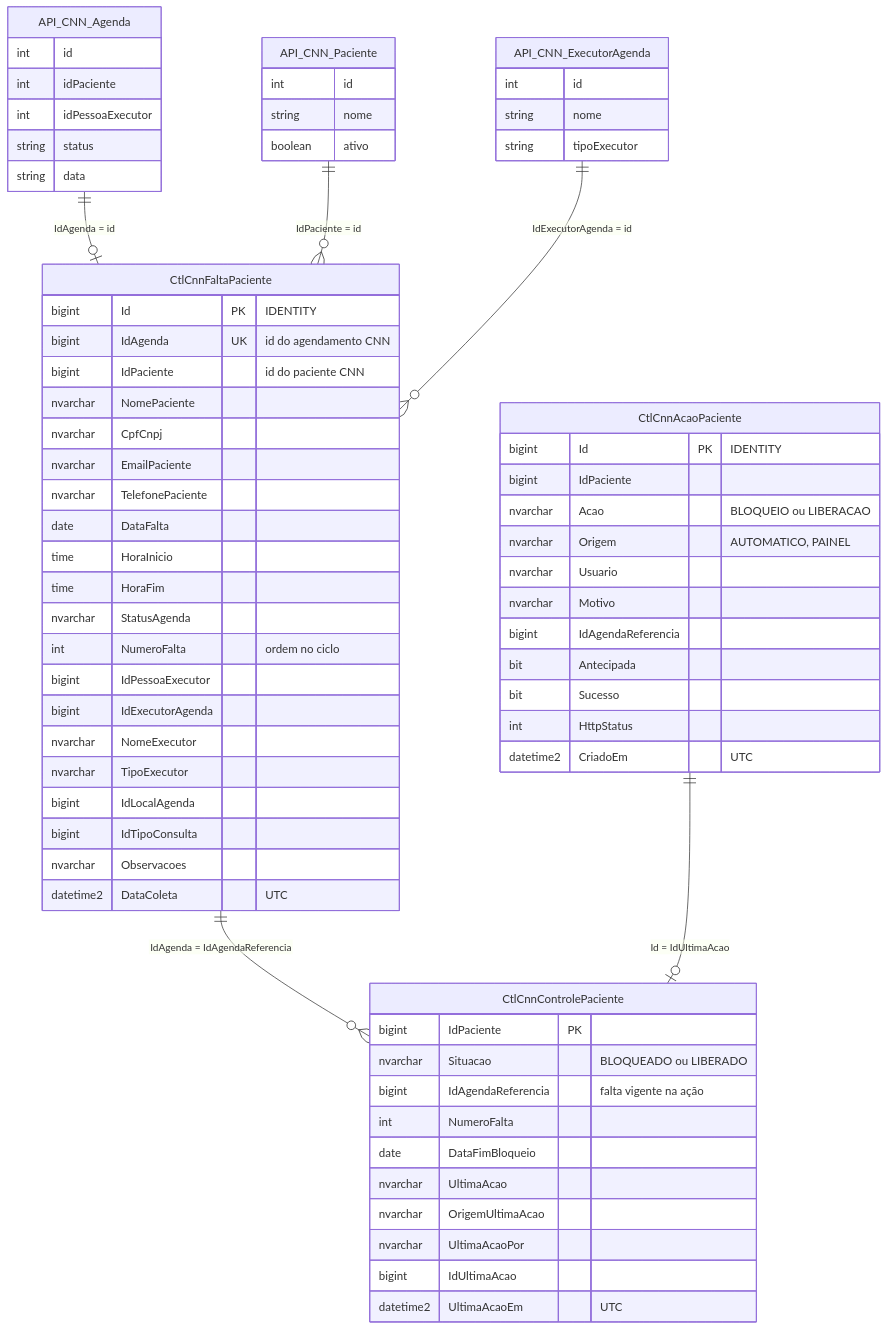
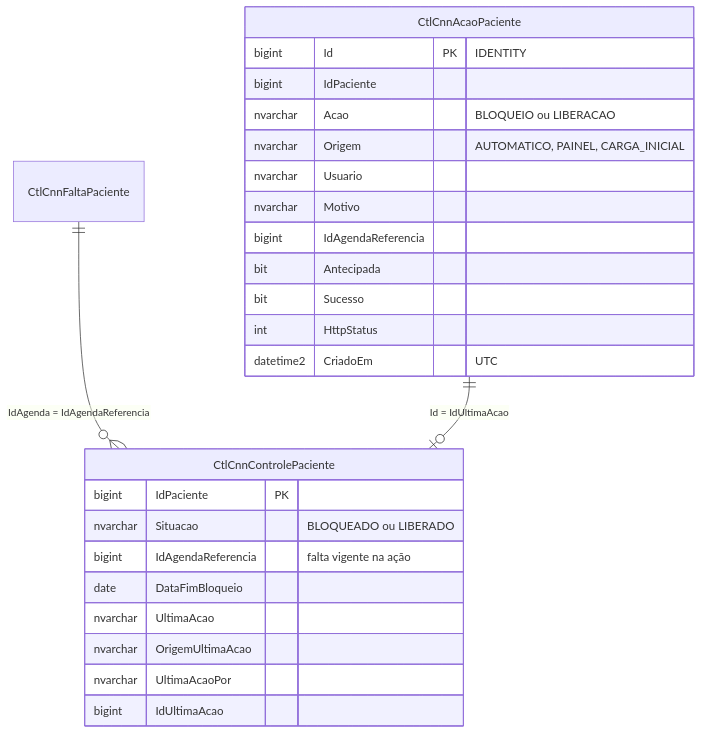
Before and after one commit to clariens/painel-integracao-desbloqueio-CNN-web: the second of 3 diagrams in docs/banco-de-dados.md, drawn with Mermaid. The commit also changed other lines of this file and 41 other files, not shown here.

````diff
--- a/docs/banco-de-dados.md
+++ b/docs/banco-de-dados.md
@@ -27,72 +64,28 @@
 ```mermaid
 erDiagram
-    CtlCnnFaltaPaciente {
-        bigint Id PK "IDENTITY"
-        bigint IdAgenda UK "id do agendamento CNN"
-        bigint IdPaciente "id do paciente CNN"
-        nvarchar NomePaciente
-        nvarchar CpfCnpj
-        nvarchar EmailPaciente
-        nvarchar TelefonePaciente
-        date DataFalta
-        time HoraInicio
-        time HoraFim
-        nvarchar StatusAgenda
-        int NumeroFalta "ordem no ciclo"
-        bigint IdPessoaExecutor
-        bigint IdExecutorAgenda
-        nvarchar NomeExecutor
-        nvarchar TipoExecutor
-        bigint IdLocalAgenda
-        bigint IdTipoConsulta
-        nvarchar Observacoes
-        datetime2 DataColeta "UTC"
-    }
-    API_CNN_Agenda {
-        int id
-        int idPaciente
-        int idPessoaExecutor
-        string status
-        string data
-    }
-    API_CNN_Paciente {
-        int id
-        string nome
-        boolean ativo
-    }
-    API_CNN_ExecutorAgenda {
-        int id
-        string nome
-        string tipoExecutor
-    }
     CtlCnnControlePaciente {
         bigint IdPaciente PK
         nvarchar Situacao "BLOQUEADO ou LIBERADO"
         bigint IdAgendaReferencia "falta vigente na ação"
-        int NumeroFalta
         date DataFimBloqueio
         nvarchar UltimaAcao
         nvarchar OrigemUltimaAcao
         nvarchar UltimaAcaoPor
         bigint IdUltimaAcao
-        datetime2 UltimaAcaoEm "UTC"
     }
     CtlCnnAcaoPaciente {
         bigint Id PK "IDENTITY"
         bigint IdPaciente
         nvarchar Acao "BLOQUEIO ou LIBERACAO"
-        nvarchar Origem "AUTOMATICO, PAINEL"
+        nvarchar Origem "AUTOMATICO, PAINEL, CARGA_INICIAL"
         nvarchar Usuario
         nvarchar Motivo
         bigint IdAgendaReferencia
         bit Antecipada
         bit Sucesso
         int HttpStatus
         datetime2 CriadoEm "UTC"
     }
     CtlCnnFaltaPaciente ||--o{ CtlCnnControlePaciente : "IdAgenda = IdAgendaReferencia"
     CtlCnnAcaoPaciente ||--o| CtlCnnControlePaciente : "Id = IdUltimaAcao"
-    API_CNN_Agenda ||--o| CtlCnnFaltaPaciente : "IdAgenda = id"
-    API_CNN_Paciente ||--o{ CtlCnnFaltaPaciente : "IdPaciente = id"
-    API_CNN_ExecutorAgenda ||--o{ CtlCnnFaltaPaciente : "IdExecutorAgenda = id"
 ```
````
